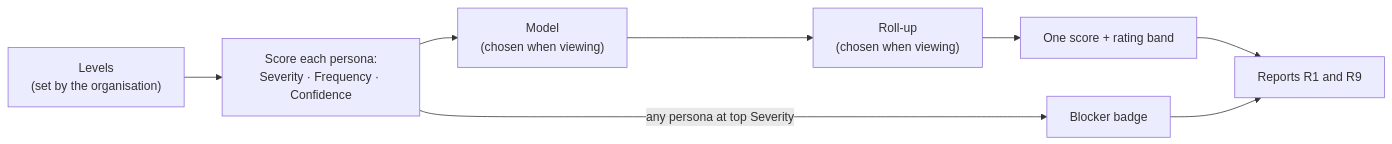
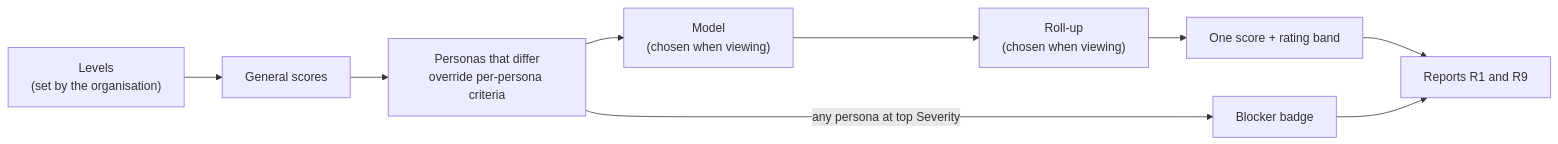
Before and after one commit to ballardr/reqtrackmanager: the first of 3 diagrams in docs/website/docs/modules/context-strategy-module/pain-point-scoring.md, drawn with Mermaid. The commit also changed other lines of this file and 1294 other files, not shown here.

````diff
--- a/docs/website/docs/modules/context-strategy-module/pain-point-scoring.md
+++ b/docs/website/docs/modules/context-strategy-module/pain-point-scoring.md
@@ -9,10 +9,11 @@
 ```mermaid
 flowchart LR
-    L["Levels<br/>(set by the organisation)"] --> S["Score each persona:<br/>Severity · Frequency · Confidence"]
+    L["Levels<br/>(set by the organisation)"] --> G["General scores"]
+    G --> S["Personas that differ<br/>override per-persona criteria"]
     S --> M["Model<br/>(chosen when viewing)"]
     M --> R["Roll-up<br/>(chosen when viewing)"]
     R --> O["One score + rating band"]
     S -->|any persona at top Severity| B["Blocker badge"]
     O --> RP["Reports R1 and R9"]
     B --> RP
 ```
````
